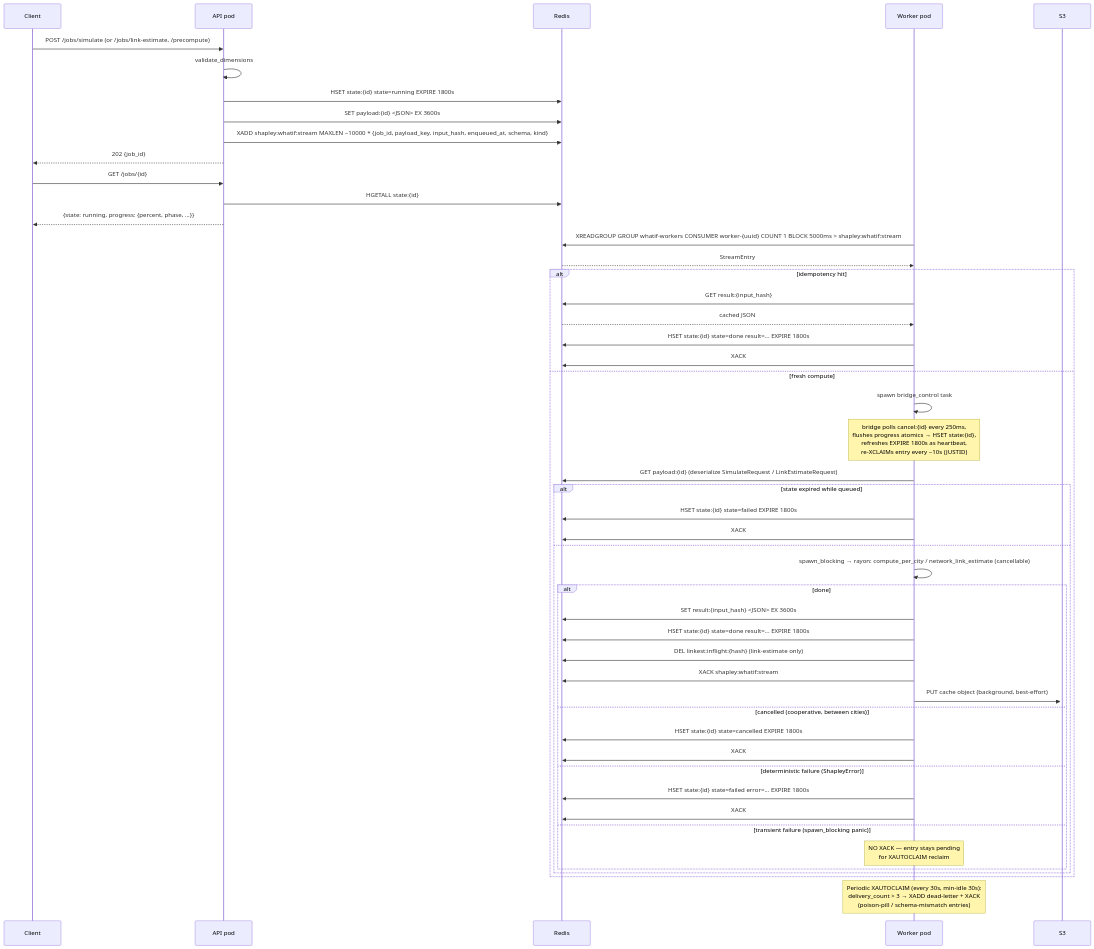
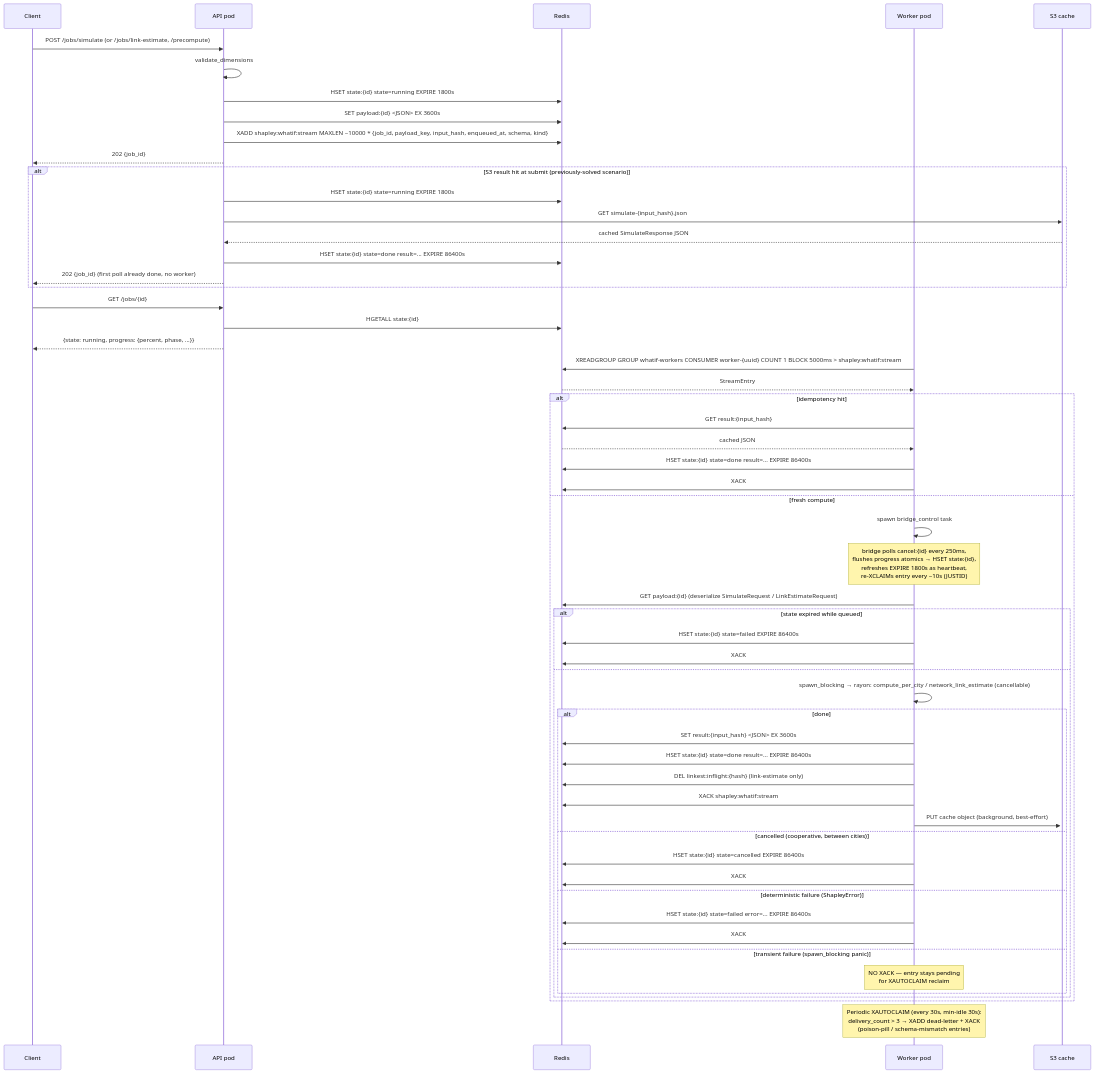
The diagram in docs/shapley-service.md (phaselabscrypto/dz-contributor), drawn with Mermaid before and after one commit. The commit also changed other lines of this file and 7 other files, not shown here.

````diff
--- a/docs/shapley-service.md
+++ b/docs/shapley-service.md
@@ -104,58 +104,67 @@
 ```mermaid
 sequenceDiagram
     participant C as Client
     participant A as API pod
     participant R as Redis
     participant W as Worker pod
+    participant S3 as S3 cache
 
     C->>A: POST /jobs/simulate (or /jobs/link-estimate, /precompute)
     A->>A: validate_dimensions
     A->>R: HSET state:{id} state=running  EXPIRE 1800s
     A->>R: SET payload:{id} <JSON>  EX 3600s
     A->>R: XADD shapley:whatif:stream MAXLEN ~10000 * {job_id, payload_key, input_hash, enqueued_at, schema, kind}
     A-->>C: 202 {job_id}
+
+    alt S3 result hit at submit (previously-solved scenario)
+        A->>R: HSET state:{id} state=running  EXPIRE 1800s
+        A->>S3: GET simulate-{input_hash}.json
+        S3-->>A: cached SimulateResponse JSON
+        A->>R: HSET state:{id} state=done result=...  EXPIRE 86400s
+        A-->>C: 202 {job_id}  (first poll already done, no worker)
+    end
 
     C->>A: GET /jobs/{id}
     A->>R: HGETALL state:{id}
     A-->>C: {state: running, progress: {percent, phase, ...}}
 
     W->>R: XREADGROUP GROUP whatif-workers CONSUMER worker-{uuid} COUNT 1 BLOCK 5000ms > shapley:whatif:stream
     R-->>W: StreamEntry
 
     alt idempotency hit
         W->>R: GET result:{input_hash}
         R-->>W: cached JSON
-        W->>R: HSET state:{id} state=done result=...  EXPIRE 1800s
+        W->>R: HSET state:{id} state=done result=...  EXPIRE 86400s
         W->>R: XACK
     else fresh compute
         W->>W: spawn bridge_control task
         Note over W: bridge polls cancel:{id} every 250ms,<br/>flushes progress atomics → HSET state:{id},<br/>refreshes EXPIRE 1800s as heartbeat,<br/>re-XCLAIMs entry every ~10s (JUSTID)
 
         W->>R: GET payload:{id}  (deserialize SimulateRequest / LinkEstimateRequest)
 
         alt state expired while queued
-            W->>R: HSET state:{id} state=failed  EXPIRE 1800s
+            W->>R: HSET state:{id} state=failed  EXPIRE 86400s
             W->>R: XACK
         else
             W->>W: spawn_blocking → rayon: compute_per_city / network_link_estimate (cancellable)
 
             alt done
                 W->>R: SET result:{input_hash} <JSON>  EX 3600s
-                W->>R: HSET state:{id} state=done result=...  EXPIRE 1800s
+                W->>R: HSET state:{id} state=done result=...  EXPIRE 86400s
                 W->>R: DEL linkest:inflight:{hash}  (link-estimate only)
                 W->>R: XACK shapley:whatif:stream
                 W->>+S3: PUT cache object (background, best-effort)
             else cancelled (cooperative, between cities)
-                W->>R: HSET state:{id} state=cancelled  EXPIRE 1800s
+                W->>R: HSET state:{id} state=cancelled  EXPIRE 86400s
                 W->>R: XACK
             else deterministic failure (ShapleyError)
-                W->>R: HSET state:{id} state=failed error=...  EXPIRE 1800s
+                W->>R: HSET state:{id} state=failed error=...  EXPIRE 86400s
                 W->>R: XACK
             else transient failure (spawn_blocking panic)
                 Note over W: NO XACK — entry stays pending<br/>for XAUTOCLAIM reclaim
             end
         end
     end
 
     Note over W: Periodic XAUTOCLAIM (every 30s, min-idle 30s):<br/>delivery_count > 3 → XADD dead-letter + XACK<br/>(poison-pill / schema-mismatch entries)
 ```
````
